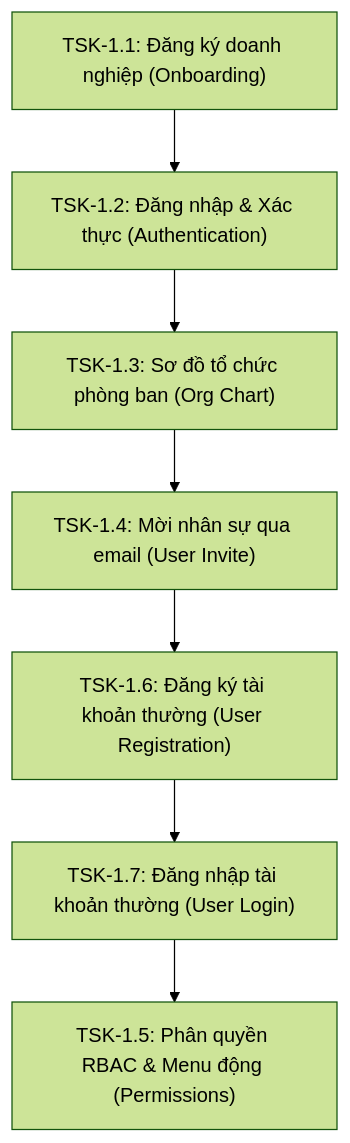
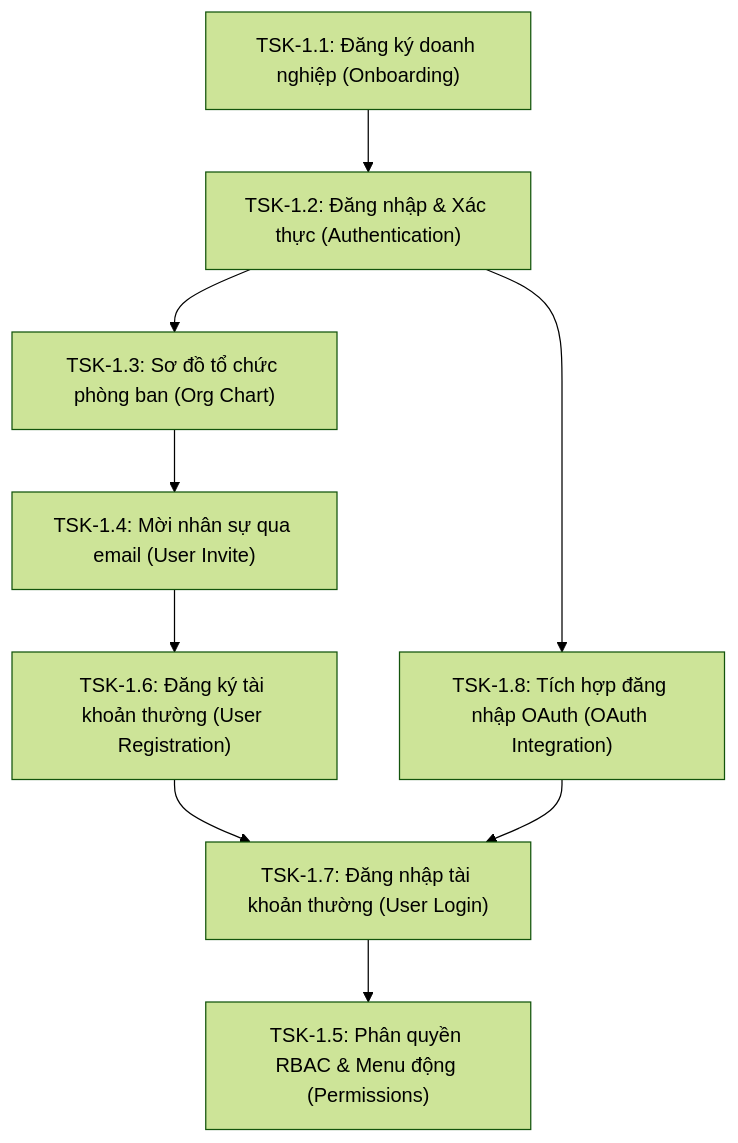
One commit to min3rd/open-erp changed the diagram in docs/05_project_management/sprint_1/README.md. Above: the diagram before and after it, drawn with Mermaid (forest theme). The commit also changed other lines of this file and 2 other files, not shown here.

Commit message:
feat: add TSK-1.8 OAuth integration task documentation to Sprint 1 index

````diff
--- a/docs/05_project_management/sprint_1/README.md
+++ b/docs/05_project_management/sprint_1/README.md
@@ -48,10 +49,13 @@
 ```mermaid
 flowchart TD
     TSK11["TSK-1.1: Đăng ký doanh nghiệp (Onboarding)"] 
     --> TSK12["TSK-1.2: Đăng nhập & Xác thực (Authentication)"]
     --> TSK13["TSK-1.3: Sơ đồ tổ chức phòng ban (Org Chart)"]
     --> TSK14["TSK-1.4: Mời nhân sự qua email (User Invite)"]
     --> TSK16["TSK-1.6: Đăng ký tài khoản thường (User Registration)"]
     --> TSK17["TSK-1.7: Đăng nhập tài khoản thường (User Login)"]
-    --> TSK15["TSK-1.5: Phân quyền RBAC & Menu động (Permissions)"]
+    
+    TSK12 --> TSK18["TSK-1.8: Tích hợp đăng nhập OAuth (OAuth Integration)"]
+    TSK18 --> TSK17
+    TSK17 --> TSK15["TSK-1.5: Phân quyền RBAC & Menu động (Permissions)"]
 ```
````
